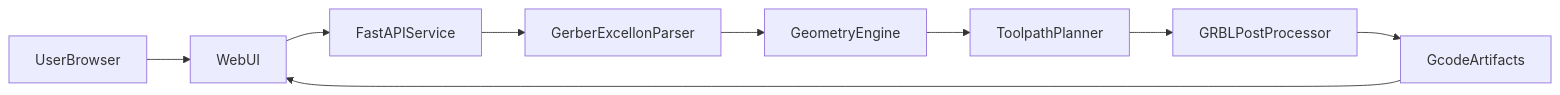
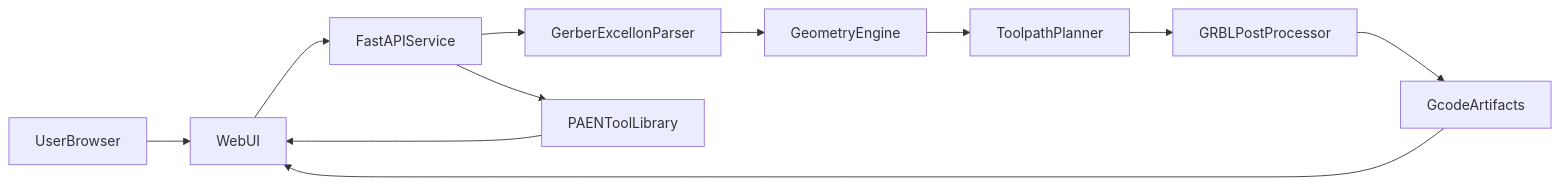
The diagram in Plan.md (samchoyvtc/PCB2CNC), drawn with Mermaid before and after one commit. The commit also changed other lines of this file and 11 other files, not shown here.

````diff
--- a/Plan.md
+++ b/Plan.md
@@ -63,11 +74,13 @@
 ```mermaid
 flowchart LR
   user[UserBrowser] --> ui[WebUI]
   ui --> api[FastAPIService]
   api --> parser[GerberExcellonParser]
   parser --> geom[GeometryEngine]
   geom --> toolpath[ToolpathPlanner]
   toolpath --> post[GRBLPostProcessor]
   post --> files[GcodeArtifacts]
   files --> ui
+  api --> tools[PAENToolLibrary]
+  tools --> ui
 ```
````
